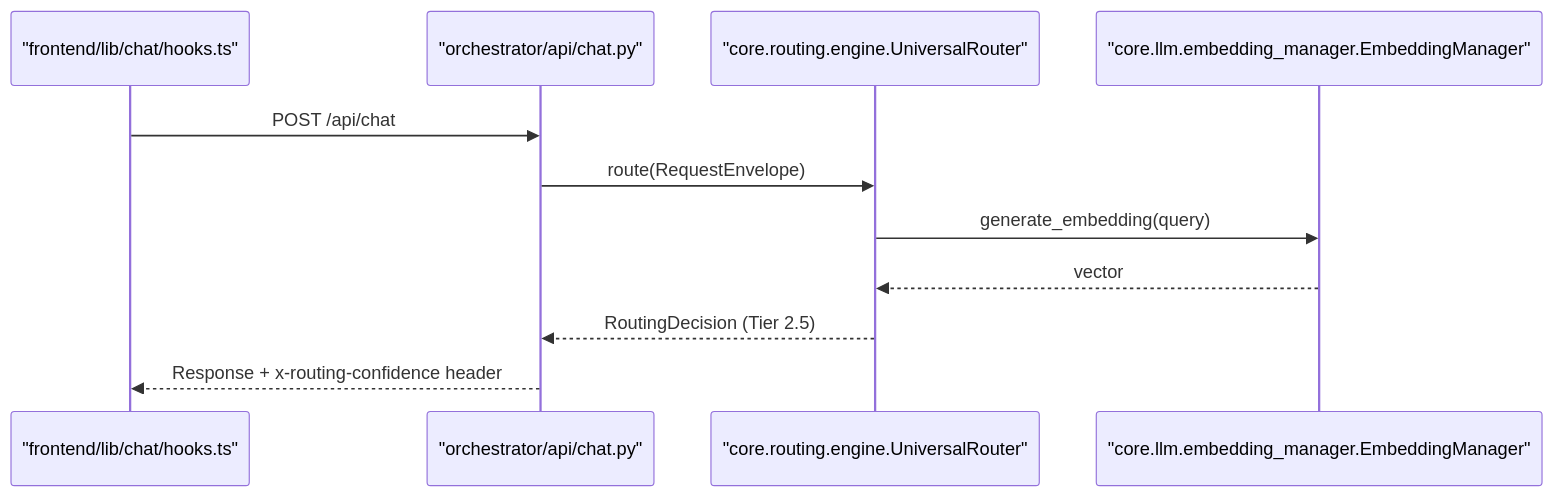
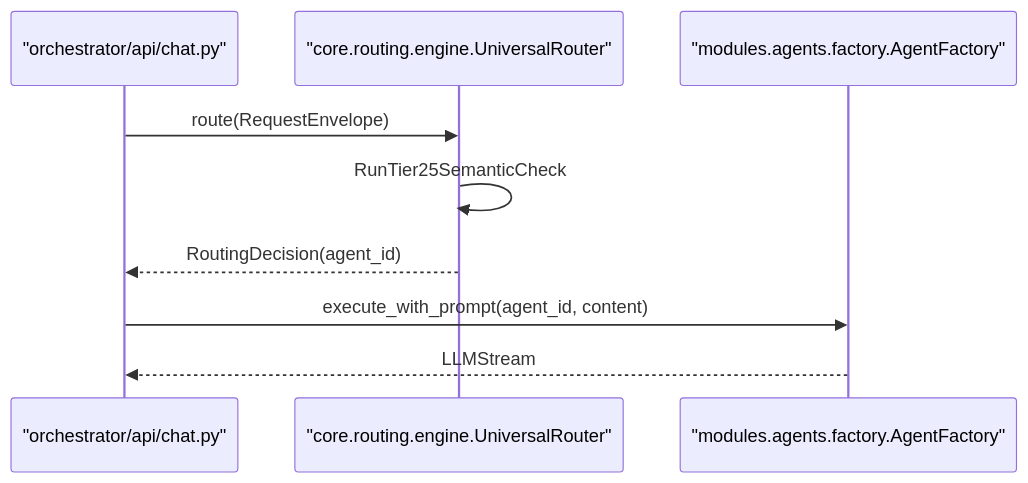
The fourth of 4 diagrams in docs/universal-router/tier-25-semantic-similarity.md (AutomatosAI/automatos-ai), drawn with Mermaid before and after one commit. The commit also changed other lines of this file and 191 other files, not shown here.

````diff
--- a/docs/universal-router/tier-25-semantic-similarity.md
+++ b/docs/universal-router/tier-25-semantic-similarity.md
@@ -176,14 +179,12 @@
 ```mermaid
 sequenceDiagram
-    participant UI as "frontend/lib/chat/hooks.ts"
     participant API as "orchestrator/api/chat.py"
     participant Router as "core.routing.engine.UniversalRouter"
-    participant Embed as "core.llm.embedding_manager.EmbeddingManager"
+    participant Factory as "modules.agents.factory.AgentFactory"
     
-    UI->>API: POST /api/chat
     API->>Router: route(RequestEnvelope)
-    Router->>Embed: generate_embedding(query)
-    Embed-->>Router: vector
-    Router-->>API: RoutingDecision (Tier 2.5)
-    API-->>UI: Response + x-routing-confidence header
+    Router->>Router: RunTier25SemanticCheck
+    Router-->>API: RoutingDecision(agent_id)
+    API->>Factory: execute_with_prompt(agent_id, content)
+    Factory-->>API: LLMStream
 ```
````
